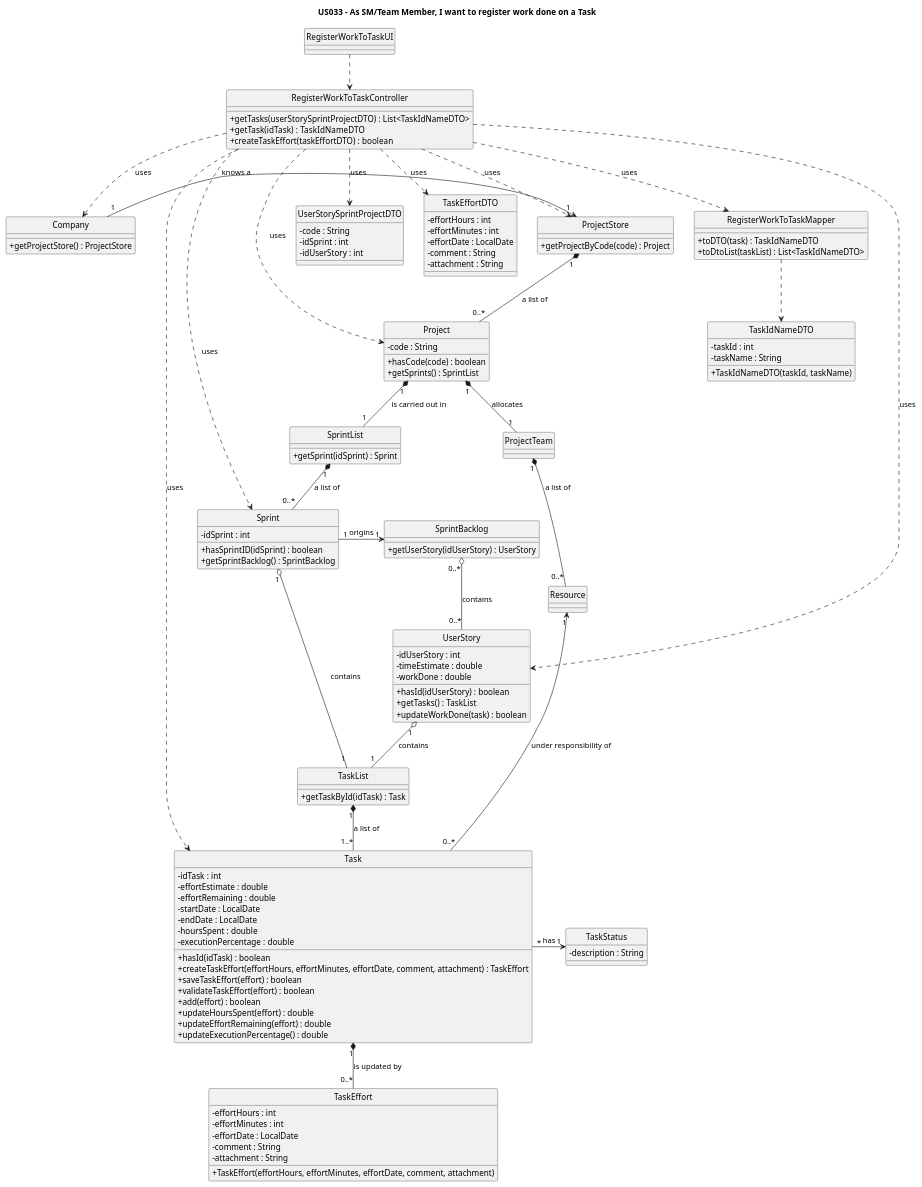
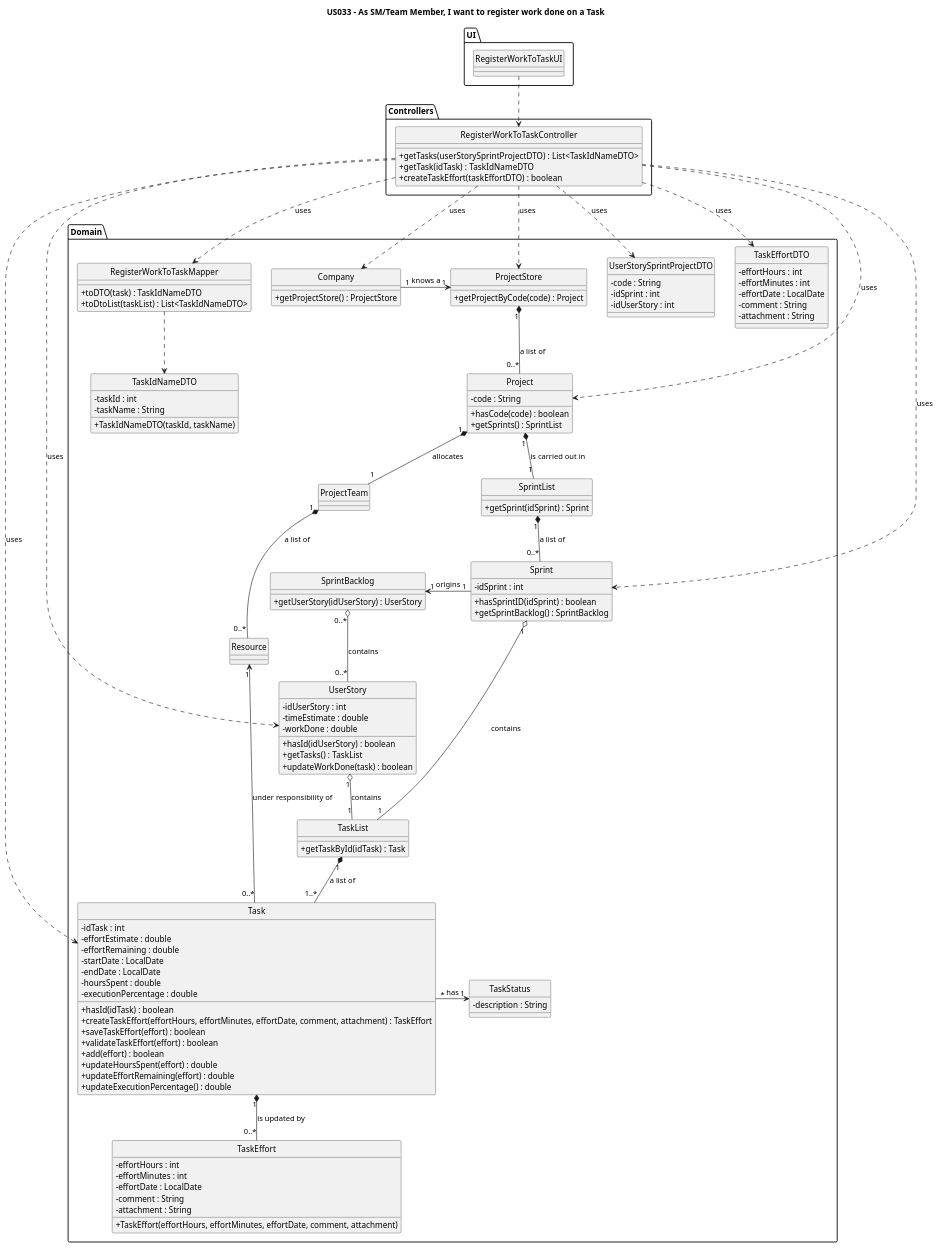
Before and after one commit to nunogon1211787/projectManagement: the diagram in docs/Sprint3/US033/US033-CD.puml, drawn with PlantUML. The commit also changed 3 other files, not shown here.

```diff
--- a/docs/Sprint3/US033/US033-CD.puml
+++ b/docs/Sprint3/US033/US033-CD.puml
@@ -1,148 +1,151 @@
 @startuml
 'https://plantuml.com/class-diagram
 
 hide circle
 skinparam classAttributeIconSize 0
 
 title US033 - As SM/Team Member, I want to register work done on a Task
 
+package "UI"{
 class RegisterWorkToTaskUI {
 }
-
+}
+package "Controllers"{
 class RegisterWorkToTaskController {
 +getTasks(userStorySprintProjectDTO) : List<TaskIdNameDTO>
 +getTask(idTask) : TaskIdNameDTO
 +createTaskEffort(taskEffortDTO) : boolean
 }
-
+}
+package "Domain"{
 class Company {
 +getProjectStore() : ProjectStore
 }
 
 class UserStorySprintProjectDTO {
 -code : String
 -idSprint : int
 -idUserStory : int
 }
 
 class TaskEffortDTO {
 -effortHours : int
 -effortMinutes : int
 -effortDate : LocalDate
 -comment : String
 -attachment : String
 }
 
 class TaskIdNameDTO {
 -taskId : int
 -taskName : String
 +TaskIdNameDTO(taskId, taskName)
 }
 
 class RegisterWorkToTaskMapper {
 +toDTO(task) : TaskIdNameDTO
 +toDtoList(taskList) : List<TaskIdNameDTO>
 }
 
 class ProjectStore {
 +getProjectByCode(code) : Project
 }
 
 class Project {
 -code : String
 +hasCode(code) : boolean
 +getSprints() : SprintList
 }
 
 class ProjectTeam {
 }
 
 class Resource {
 }
 
 class SprintList {
 +getSprint(idSprint) : Sprint
 }
 
 class Sprint {
 -idSprint : int
 +hasSprintID(idSprint) : boolean
 +getSprintBacklog() : SprintBacklog
 }
 
 class SprintBacklog {
 +getUserStory(idUserStory) : UserStory
 }
 
 class UserStory {
 -idUserStory : int
 -timeEstimate : double
 -workDone : double
 +hasId(idUserStory) : boolean
 +getTasks() : TaskList
 +updateWorkDone(task) : boolean
 }
 
 class TaskList {
 +getTaskById(idTask) : Task
 }
 
 class Task {
 -idTask : int
 -effortEstimate : double
 -effortRemaining : double
 -startDate : LocalDate
 -endDate : LocalDate
 -hoursSpent : double
 -executionPercentage : double
 +hasId(idTask) : boolean
 +createTaskEffort(effortHours, effortMinutes, effortDate, comment, attachment) : TaskEffort
 +saveTaskEffort(effort) : boolean
 +validateTaskEffort(effort) : boolean
 +add(effort) : boolean
 +updateHoursSpent(effort) : double
 +updateEffortRemaining(effort) : double
 +updateExecutionPercentage() : double
 }
 
 class TaskStatus {
 -description : String
 }
 
 class TaskEffort {
 -effortHours : int
 -effortMinutes : int
 -effortDate : LocalDate
 -comment : String
 -attachment : String
 +TaskEffort(effortHours, effortMinutes, effortDate, comment, attachment)
 }
-
+}
 RegisterWorkToTaskUI ..> RegisterWorkToTaskController
 
 RegisterWorkToTaskController ..> Company : uses
 RegisterWorkToTaskController ..> UserStorySprintProjectDTO : uses
 RegisterWorkToTaskController ..> RegisterWorkToTaskMapper : uses
 RegisterWorkToTaskController ..> TaskEffortDTO : uses
 RegisterWorkToTaskMapper ..> TaskIdNameDTO
 RegisterWorkToTaskController ..> ProjectStore : uses
 RegisterWorkToTaskController ..> Project : uses
 RegisterWorkToTaskController ..> Sprint : uses
 RegisterWorkToTaskController ..> UserStory : uses
 RegisterWorkToTaskController ..> Task : uses
 
 Company "1" -> "1" ProjectStore: knows a
 ProjectStore "1" *-- "0..*" Project: a list of
 Project "1" *-- "1" ProjectTeam : allocates
 ProjectTeam "1" *-- "0..*" Resource : a list of
 Resource "1" <- "0..*" Task : under responsibility of
 Project "1" *-- "1" SprintList : is carried out in
 SprintList "1" *-- "0..*" Sprint :a list of
 Sprint "1" -> "1" SprintBacklog: origins
 SprintBacklog "0..*" o-- "0..*" UserStory: contains
 UserStory "1" o-- "1" TaskList: contains
 Sprint "1" o-- "1" TaskList: contains
 TaskList "1" *-- "1..*" Task : a list of
 Task "*" -> "1" TaskStatus : has
 Task "1" *-- "0..*" TaskEffort: is updated by
 @enduml
```
